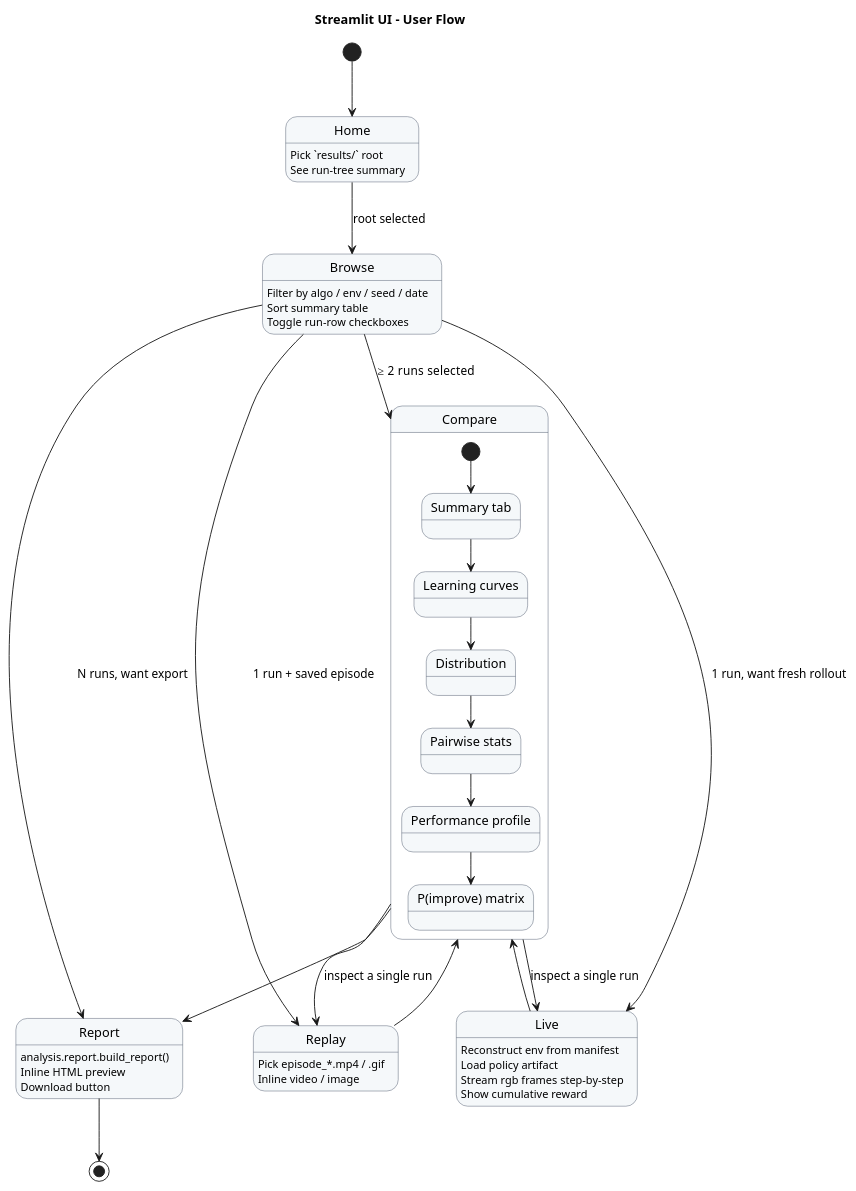
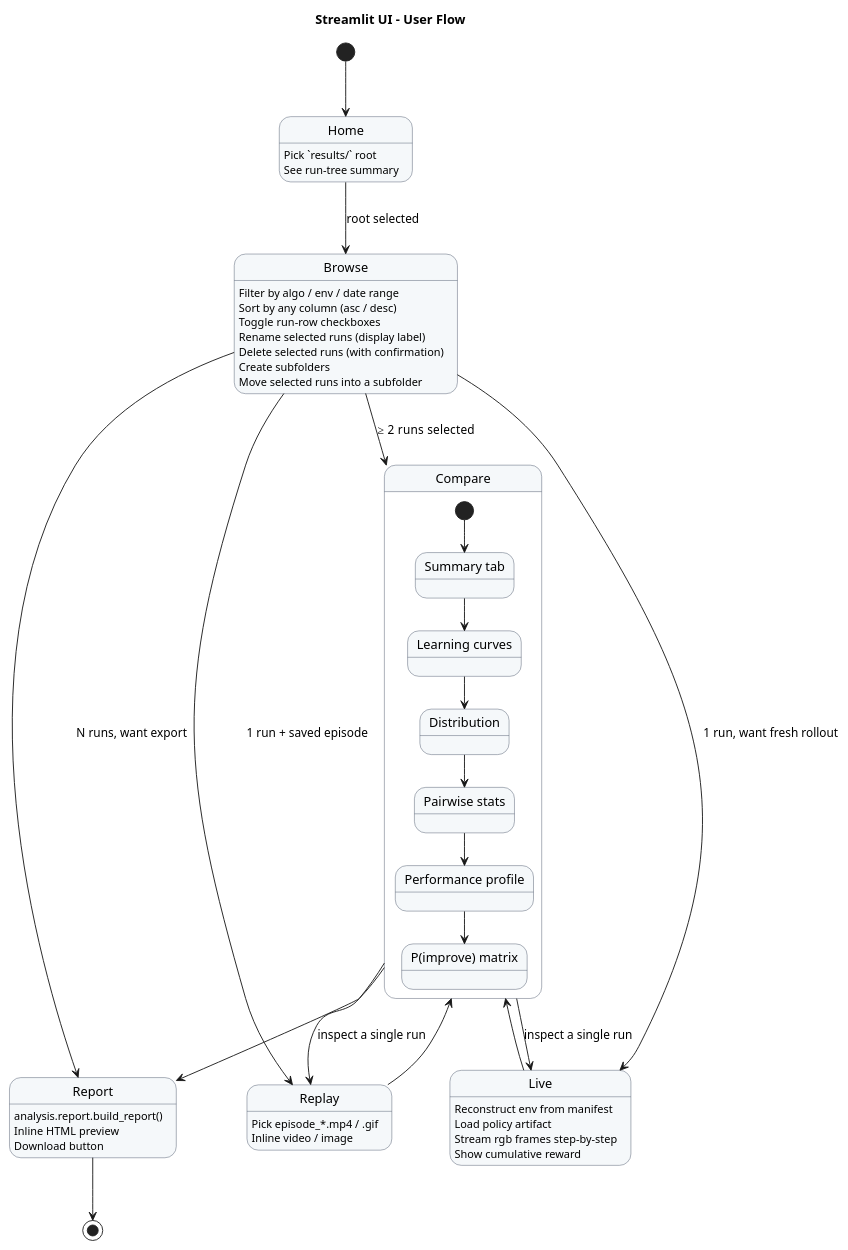
Before and after one commit to Alex180504/DEAP-Zoo-bridge: the diagram in docs/UML/user_flow_ui.puml, drawn with PlantUML. The commit also changed 2 other files, not shown here.

Commit message:
Update UML

```diff
--- a/docs/UML/user_flow_ui.puml
+++ b/docs/UML/user_flow_ui.puml
@@ -1,69 +1,73 @@
 @startuml user_flow_ui
 title Streamlit UI – User Flow
 
 skinparam state {
   BackgroundColor #F5F8FA
   BorderColor #4A5568
 }
 
 [*] --> Home
 
 state Home {
     Home : Pick `results/` root
     Home : See run-tree summary
 }
 
 Home --> Browse : root selected
 
 state Browse {
-    Browse : Filter by algo / env / seed / date
-    Browse : Sort summary table
+    Browse : Filter by algo / env / date range
+    Browse : Sort by any column (asc / desc)
     Browse : Toggle run-row checkboxes
+    Browse : Rename selected runs (display label)
+    Browse : Delete selected runs (with confirmation)
+    Browse : Create subfolders
+    Browse : Move selected runs into a subfolder
 }
 
 Browse --> Compare : ≥ 2 runs selected
 Browse --> Replay : 1 run + saved episode
 Browse --> Live   : 1 run, want fresh rollout
 Browse --> Report : N runs, want export
 
 state Compare {
     state "Summary tab"        as Sum
     state "Learning curves"    as LC
     state "Distribution"       as Dist
     state "Pairwise stats"     as PW
     state "Performance profile" as PP
     state "P(improve) matrix"  as PI
     [*] --> Sum
     Sum --> LC
     LC --> Dist
     Dist --> PW
     PW --> PP
     PP --> PI
 }
 
 state Replay {
     Replay : Pick episode_*.mp4 / .gif
     Replay : Inline video / image
 }
 
 state Live {
     Live : Reconstruct env from manifest
     Live : Load policy artifact
     Live : Stream rgb frames step-by-step
     Live : Show cumulative reward
 }
 
 state Report {
     Report : analysis.report.build_report()
     Report : Inline HTML preview
     Report : Download button
 }
 
 Compare --> Report
 Compare --> Replay : inspect a single run
 Compare --> Live   : inspect a single run
 Replay --> Compare
 Live   --> Compare
 Report --> [*]
 
 @enduml
```
